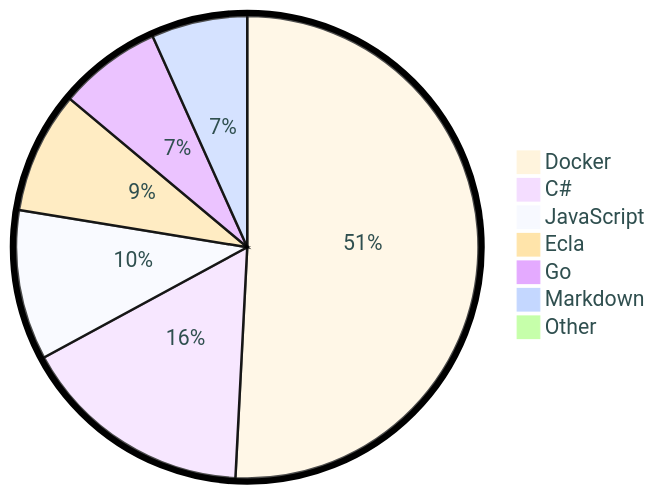
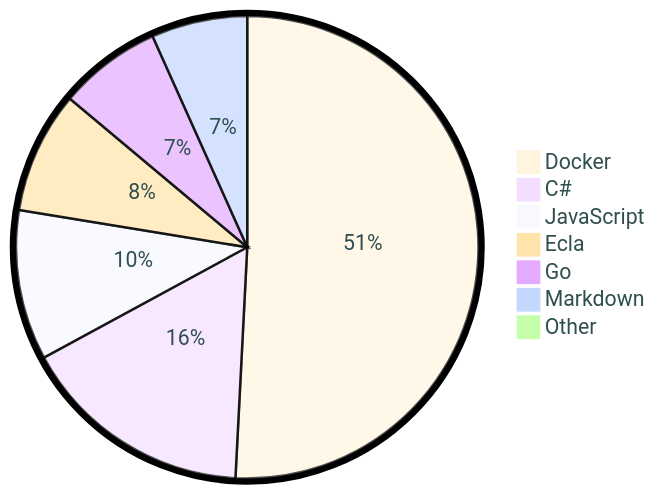
Before and after one commit to tot0p/tot0p: the diagram in README.md, drawn with Mermaid. The commit also changed other lines of this file, not shown here.

````diff
--- a/README.md
+++ b/README.md
@@ -75,11 +79,11 @@
 ```mermaid
 %%{init: {"pie": {"textPosition": 0.5}, "themeVariables": {"pieOuterStrokeWidth": "5px","primaryTextColor" : "#2F4F4F"},"theme":"base"} }%%
 pie
-	"Docker": 50.74
-	"C#": 16.25
-	"JavaScript": 10.47
-	"Ecla": 8.5
-	"Go": 7.19
-	"Markdown": 6.7
-	"Other": 0.14
+	"Docker": 50.64
+	"C#": 16.22
+	"JavaScript": 10.45
+	"Ecla": 8.49
+	"Go": 7.17
+	"Markdown": 6.69
+	"Other": 0.33
 ```
````
